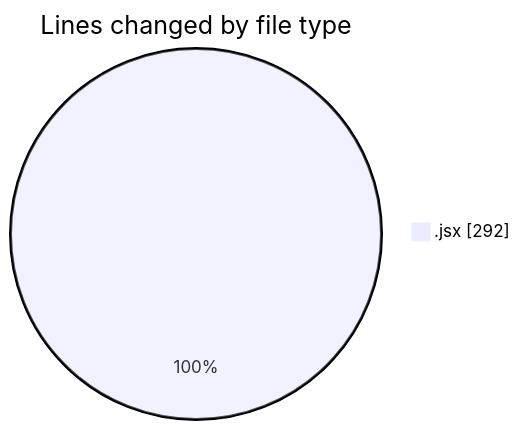
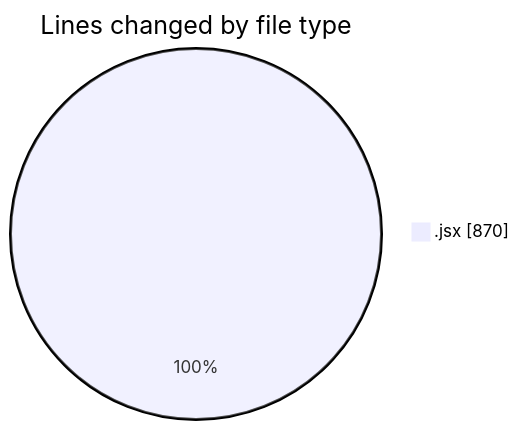
One commit to nxtqubesakshisongat/code-tracking changed the first of 2 diagrams in 2025-05-12/argos-dev/README.md. Above: the diagram before and after it, drawn with Mermaid. The commit also changed other lines of this file and 1 other file, not shown here.

````diff
--- a/2025-05-12/argos-dev/README.md
+++ b/2025-05-12/argos-dev/README.md
@@ -20,5 +20,5 @@
 ```mermaid
 pie showData
 title Lines changed by file type
-".jsx" : 292
+".jsx" : 870
 ```
````
